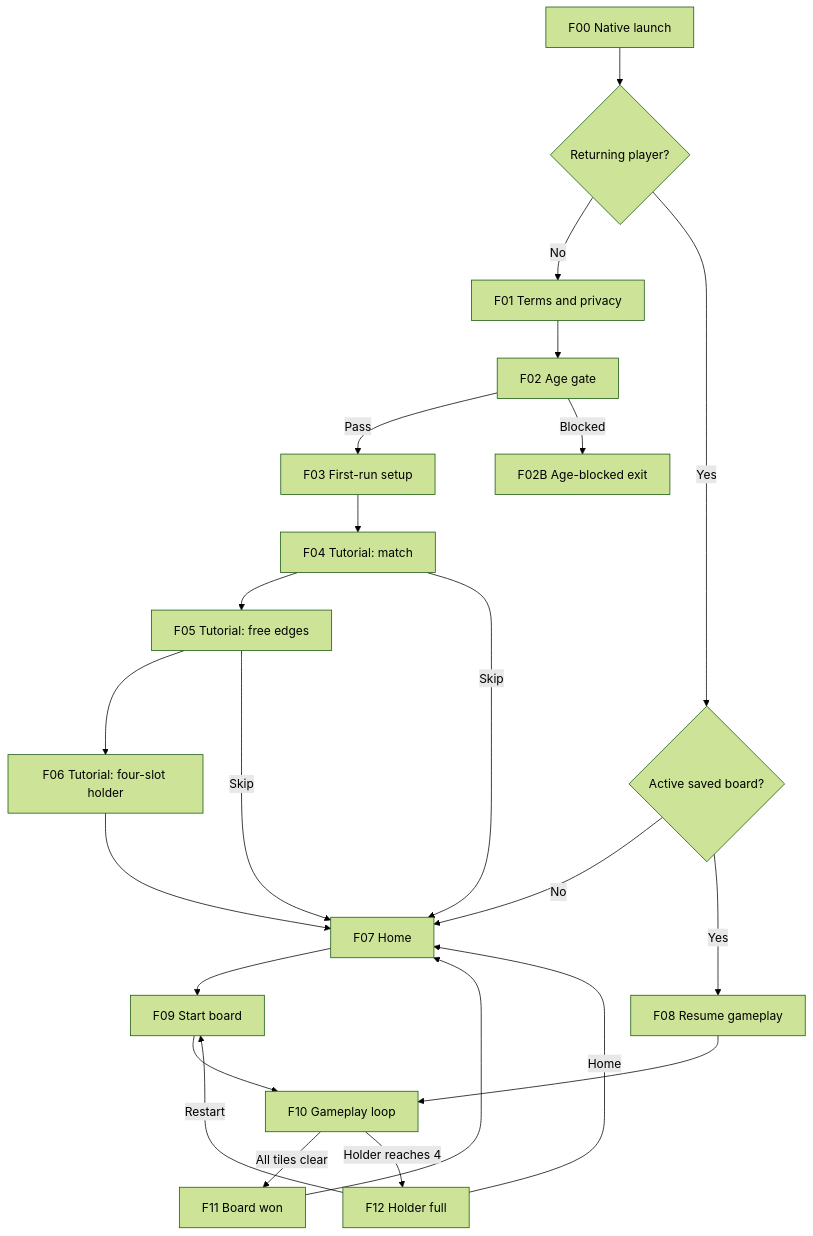
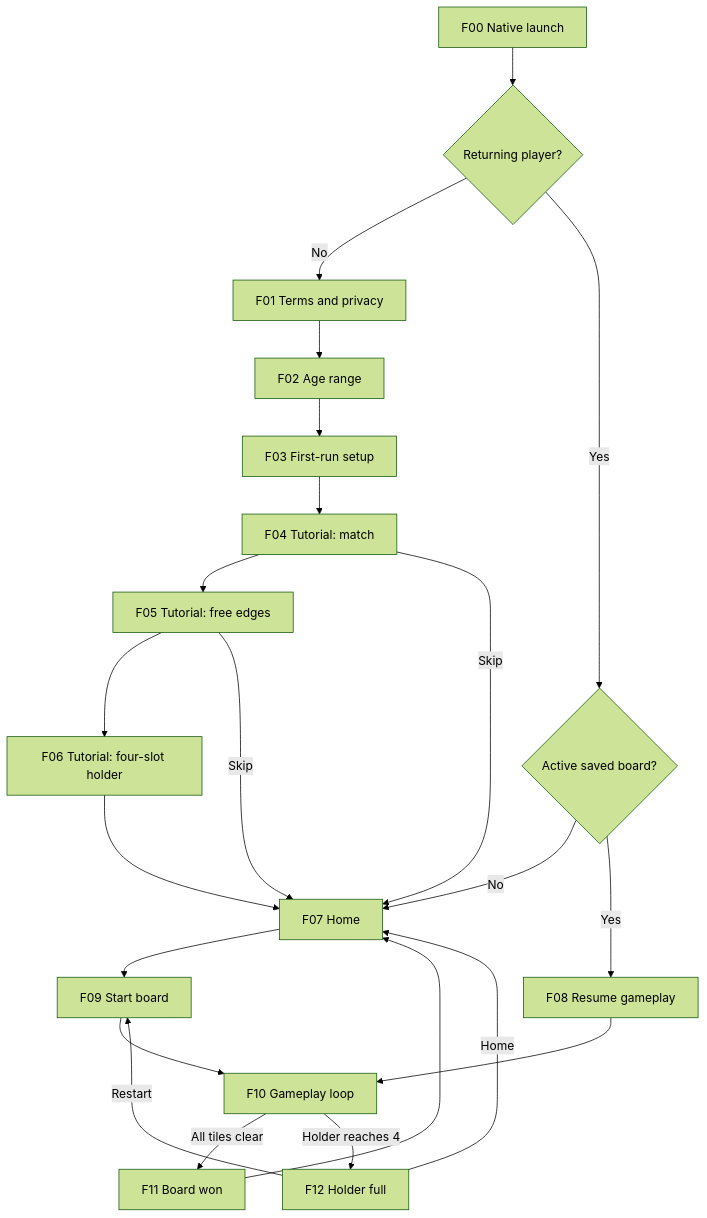
Before and after one commit to Kuleana808/mahjong-brain: the diagram in design/FLOWS.md, drawn with Mermaid (forest theme). The commit also changed other lines of this file and 6 other files, not shown here.

````diff
--- a/design/FLOWS.md
+++ b/design/FLOWS.md
@@ -15,25 +15,24 @@
 ```mermaid
 flowchart TD
   A["F00 Native launch"] --> B{"Returning player?"}
   B -->|No| C["F01 Terms and privacy"]
-  C --> D["F02 Age gate"]
-  D -->|Pass| E["F03 First-run setup"]
-  D -->|Blocked| DB["F02B Age-blocked exit"]
+  C --> D["F02 Age range"]
+  D --> E["F03 First-run setup"]
   E --> F["F04 Tutorial: match"]
   F --> G["F05 Tutorial: free edges"]
   G --> H["F06 Tutorial: four-slot holder"]
   F -->|Skip| I["F07 Home"]
   G -->|Skip| I
   H --> I
   B -->|Yes| R{"Active saved board?"}
   R -->|No| I
   R -->|Yes| J["F08 Resume gameplay"]
   I --> K["F09 Start board"]
   K --> L["F10 Gameplay loop"]
   J --> L
   L -->|All tiles clear| M["F11 Board won"]
   L -->|Holder reaches 4| N["F12 Holder full"]
   M --> I
   N -->|Restart| K
   N -->|Home| I
 ```
````
